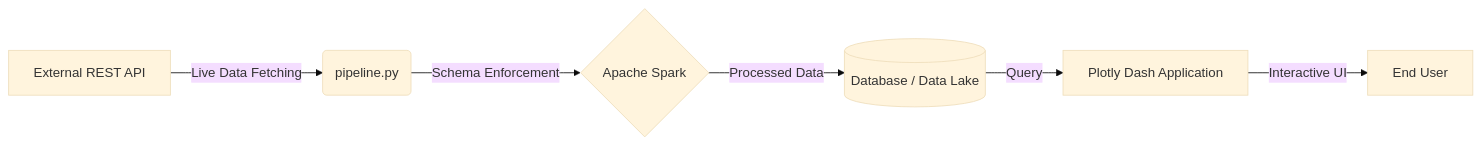
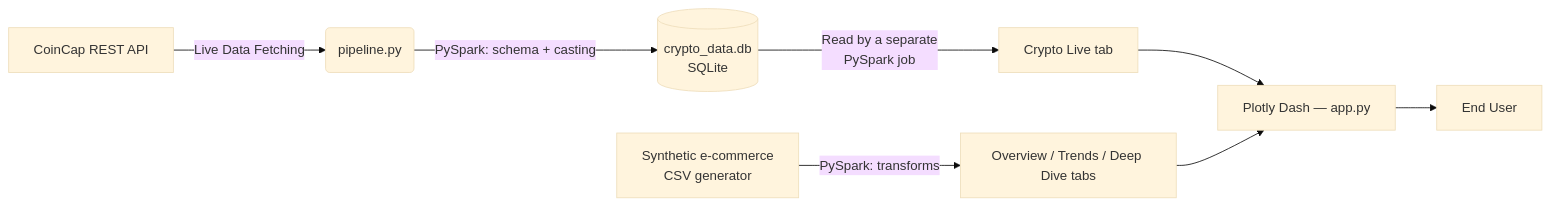
One commit to sohamac/spark-data-dashboard changed the diagram in README.md. Above: the diagram before and after it, drawn with Mermaid (base theme). The commit also changed other lines of this file and 4 other files, not shown here.

First line of the commit message:
Connect pipeline.py output to the dashboard via a new Crypto Live tab

````diff
--- a/README.md
+++ b/README.md
@@ -7,8 +10,10 @@
 ```mermaid
 graph LR
-    A[External REST API] -->|Live Data Fetching| B(pipeline.py)
-    B -->|Schema Enforcement| C{Apache Spark}
-    C -->|Processed Data| D[(Database / Data Lake)]
-    D -->|Query| E[Plotly Dash Application]
-    E -->|Interactive UI| F[End User]
+    A[CoinCap REST API] -->|Live Data Fetching| B(pipeline.py)
+    B -->|PySpark: schema + casting| C[(crypto_data.db\nSQLite)]
+    C -->|Read by a separate\nPySpark job| D[Crypto Live tab]
+    G[Synthetic e-commerce\nCSV generator] -->|PySpark: transforms| E[Overview / Trends / Deep Dive tabs]
+    D --> F[Plotly Dash — app.py]
+    E --> F
+    F --> H[End User]
 ```
````
